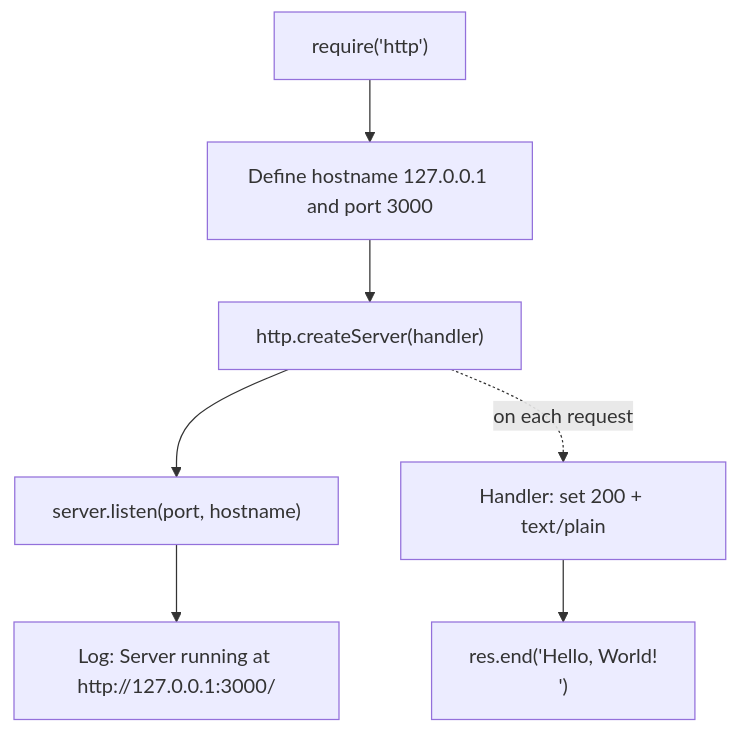
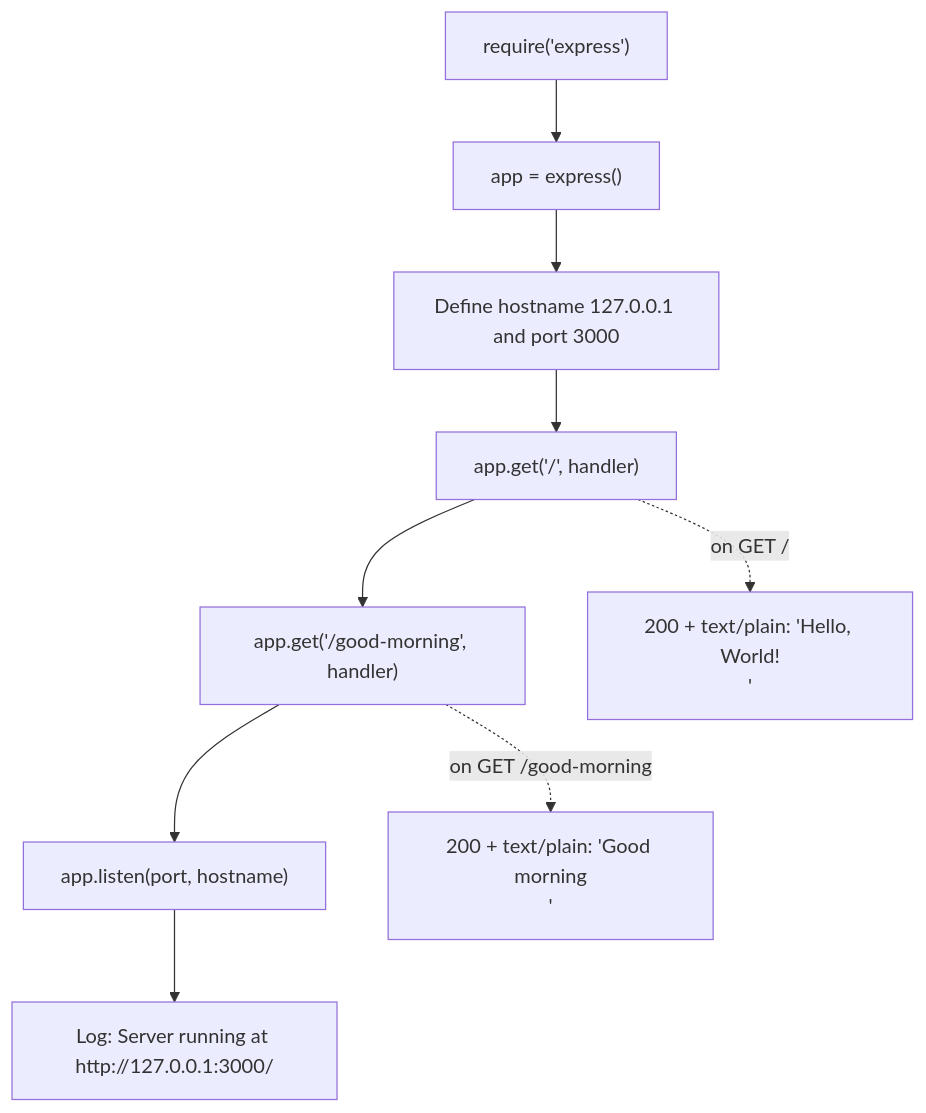
Before and after one commit to Sandeep02Kumar02/23-dec-existing-projects-qa-test-2: the second of 2 diagrams in README.md, drawn with Mermaid. The commit also changed other lines of this file and 4 other files, not shown here.

First line of the commit message:
feat: add Express.js with Hello World and Good morning endpoints

````diff
--- a/README.md
+++ b/README.md
@@ -227,9 +267,11 @@
 ```mermaid
 flowchart TD
-    A["require('http')"] --> B["Define hostname 127.0.0.1 and port 3000"]
-    B --> C["http.createServer(handler)"]
-    C --> D["server.listen(port, hostname)"]
-    D --> E["Log: Server running at http://127.0.0.1:3000/"]
-    C -. on each request .-> F["Handler: set 200 + text/plain"]
-    F --> G["res.end('Hello, World!\n')"]
+    A["require('express')"] --> B["app = express()"]
+    B --> C["Define hostname 127.0.0.1 and port 3000"]
+    C --> D["app.get('/', handler)"]
+    D --> E["app.get('/good-morning', handler)"]
+    E --> F["app.listen(port, hostname)"]
+    F --> G["Log: Server running at http://127.0.0.1:3000/"]
+    D -. on GET / .-> H["200 + text/plain: 'Hello, World!\n'"]
+    E -. on GET /good-morning .-> I["200 + text/plain: 'Good morning\n'"]
 ```
````
